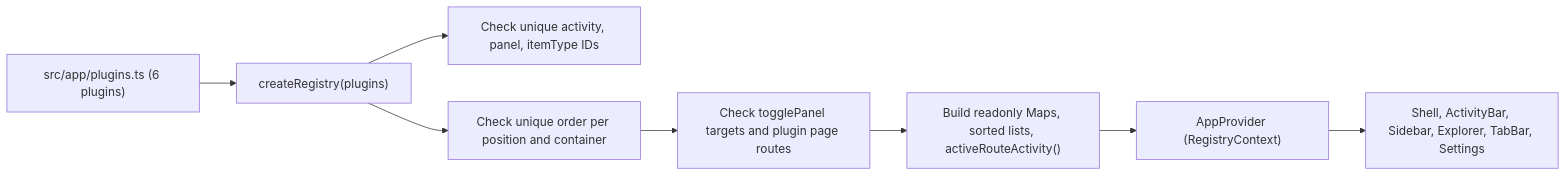
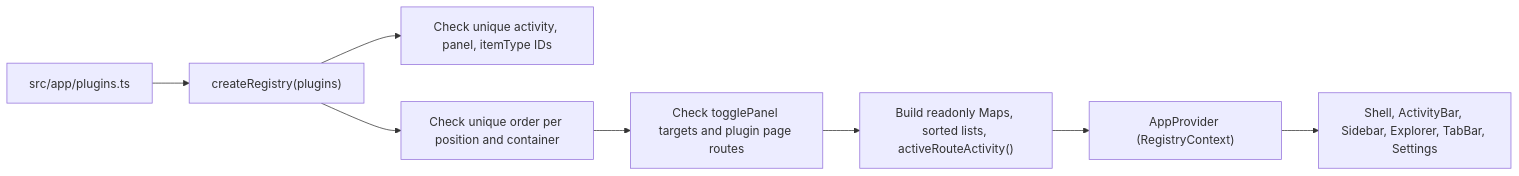
The sixth of 12 diagrams in docs/DESIGN.md (ppongtong/ide-shell), drawn with Mermaid before and after one commit. The commit also changed other lines of this file and 12 other files, not shown here.

````diff
--- a/docs/DESIGN.md
+++ b/docs/DESIGN.md
@@ -370,10 +374,10 @@
 ```mermaid
 flowchart LR
-    Plugins["src/app/plugins.ts (6 plugins)"] --> Create["createRegistry(plugins)"]
+    Plugins["src/app/plugins.ts"] --> Create["createRegistry(plugins)"]
     Create --> CheckIds["Check unique activity, panel, itemType IDs"]
     Create --> CheckOrder["Check unique order per position and container"]
     CheckOrder --> CheckRefs["Check togglePanel targets and plugin page routes"]
     CheckRefs --> Index["Build readonly Maps, sorted lists, activeRouteActivity()"]
     Index --> Provider["AppProvider (RegistryContext)"]
     Provider --> UI["Shell, ActivityBar, Sidebar, Explorer, TabBar, Settings"]
 ```
````
